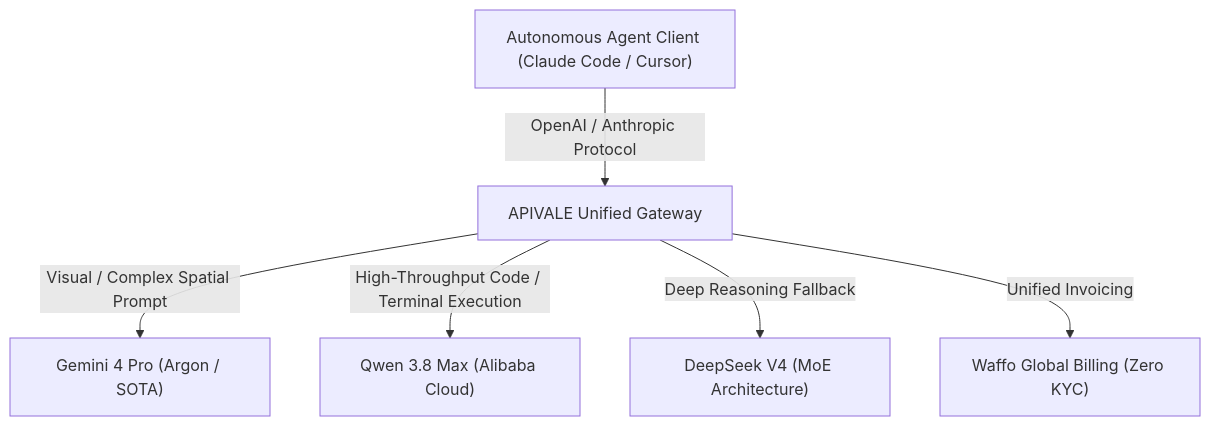
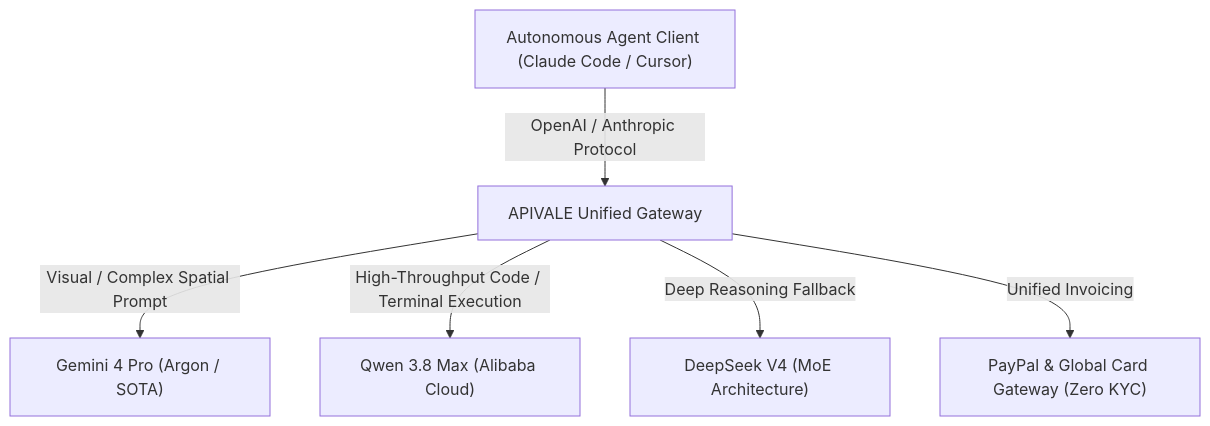
Before and after one commit to bshx2024/apivel_blog: the first of 2 diagrams in src/content/blog/gemini-4-pro-release-date-pricing-benchmarks.md, drawn with Mermaid. The commit also changed other lines of this file and 13 other files, not shown here.

````diff
--- a/src/content/blog/gemini-4-pro-release-date-pricing-benchmarks.md
+++ b/src/content/blog/gemini-4-pro-release-date-pricing-benchmarks.md
@@ -57,8 +57,8 @@
 ```mermaid
 graph TD
     A["Autonomous Agent Client (Claude Code / Cursor)"] -->|OpenAI / Anthropic Protocol| B["APIVALE Unified Gateway"]
     B -->|Visual / Complex Spatial Prompt| C["Gemini 4 Pro (Argon / SOTA)"]
     B -->|High-Throughput Code / Terminal Execution| D["Qwen 3.8 Max (Alibaba Cloud)"]
     B -->|Deep Reasoning Fallback| E["DeepSeek V4 (MoE Architecture)"]
-    B -->|Unified Invoicing| F["Waffo Global Billing (Zero KYC)"]
+    B -->|Unified Invoicing| F["PayPal & Global Card Gateway (Zero KYC)"]
 ```
````
